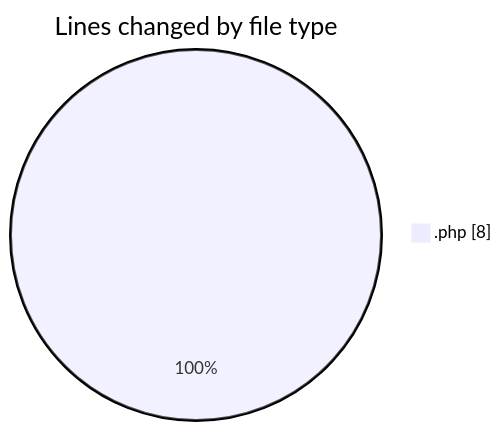
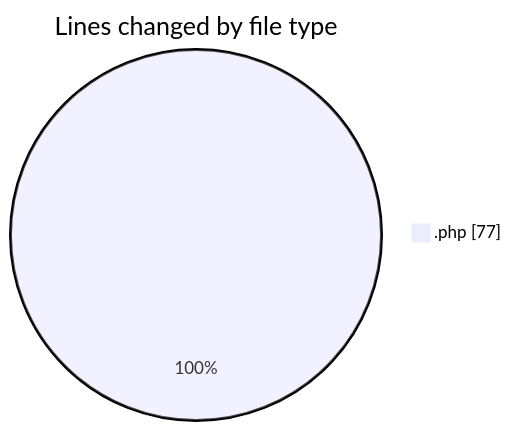
Before and after one commit to idhammustaqopulfikri/code-tracking: the first of 2 diagrams in 2025-06-06/sewa-mobil/README.md, drawn with Mermaid. The commit also changed other lines of this file and 1 other file, not shown here.

````diff
--- a/2025-06-06/sewa-mobil/README.md
+++ b/2025-06-06/sewa-mobil/README.md
@@ -20,5 +21,5 @@
 ```mermaid
 pie showData
 title Lines changed by file type
-".php" : 8
+".php" : 77
 ```
````
